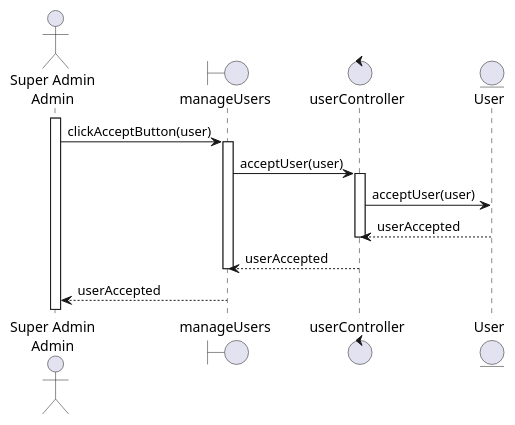
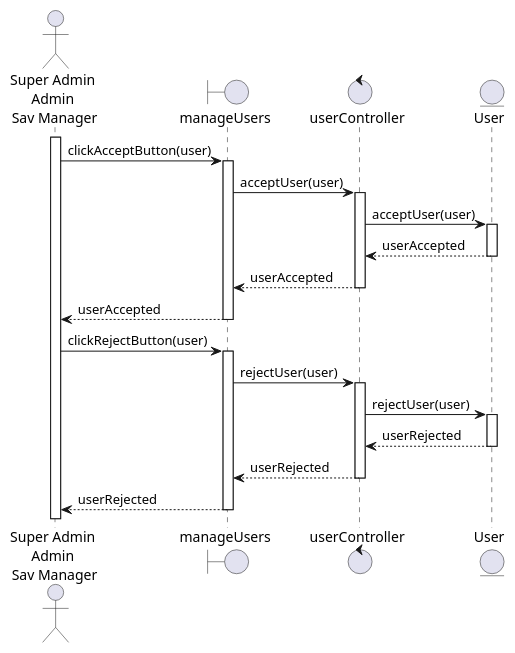
One commit to smurfsDev/pixii-project changed the diagram in rapport/sequence/rolemanagement/acceptUserRole.wsd. Above: the diagram before and after it, drawn with PlantUML. The commit also changed 1 other file, not shown here.

Commit message:
update sequence diagram

```diff
--- a/rapport/sequence/rolemanagement/acceptUserRole.wsd
+++ b/rapport/sequence/rolemanagement/acceptUserRole.wsd
@@ -1,21 +1,33 @@
 @startuml accept_user_role_sequence_diagram
 
-actor "Super Admin\nAdmin" as u
+actor "Super Admin\nAdmin\n Sav Manager" as u
 boundary manageUsers as v
 control userController as c
 entity User as m
 activate u
 u -> v : clickAcceptButton(user)
 
 activate v
 v -> c :acceptUser(user)
 activate c
 c -> m :acceptUser(user)
+activate m
+m --> c: userAccepted
 deactivate m
-m --> c: userAccepted
+c --> v: userAccepted
 deactivate c
-c --> v: userAccepted
+v --> u: userAccepted
 deactivate v
-v --> u: userAccepted
-
+u -> v : clickRejectButton(user)
+activate v
+v -> c :rejectUser(user)
+activate c
+c -> m :rejectUser(user)
+activate m
+m --> c: userRejected
+deactivate m
+c --> v: userRejected
+deactivate c
+v --> u: userRejected
+deactivate v
 @enduml
```
